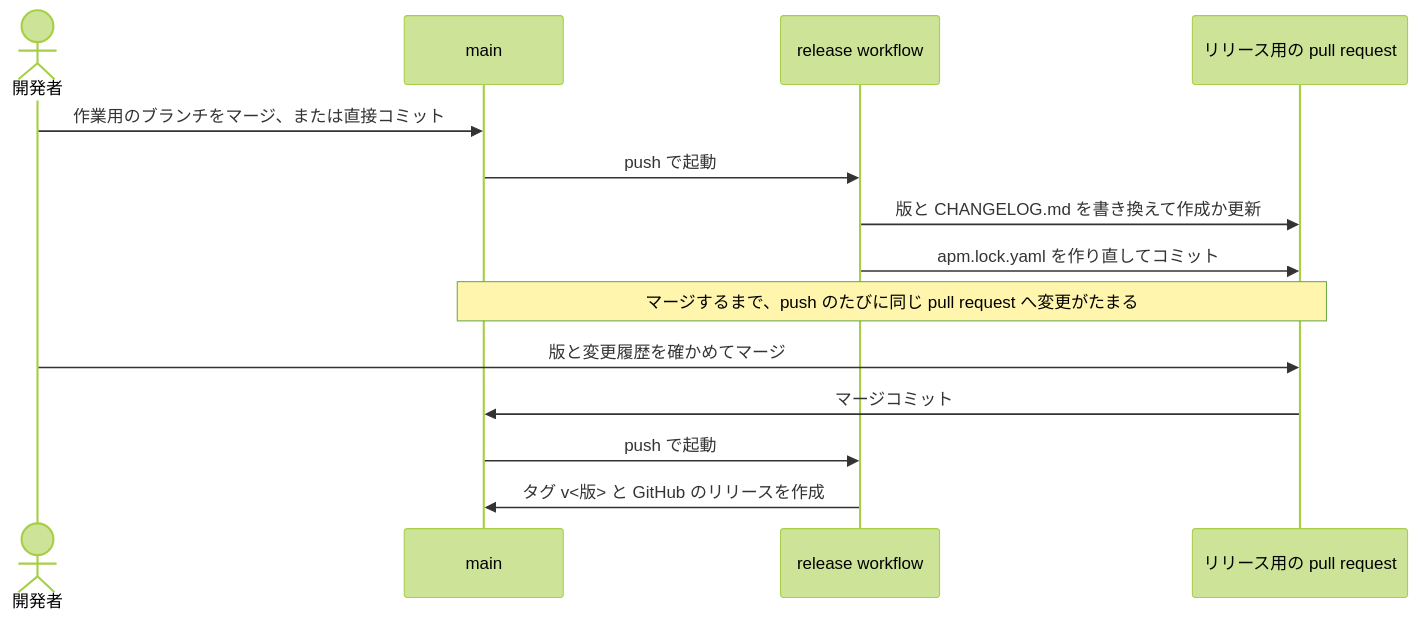
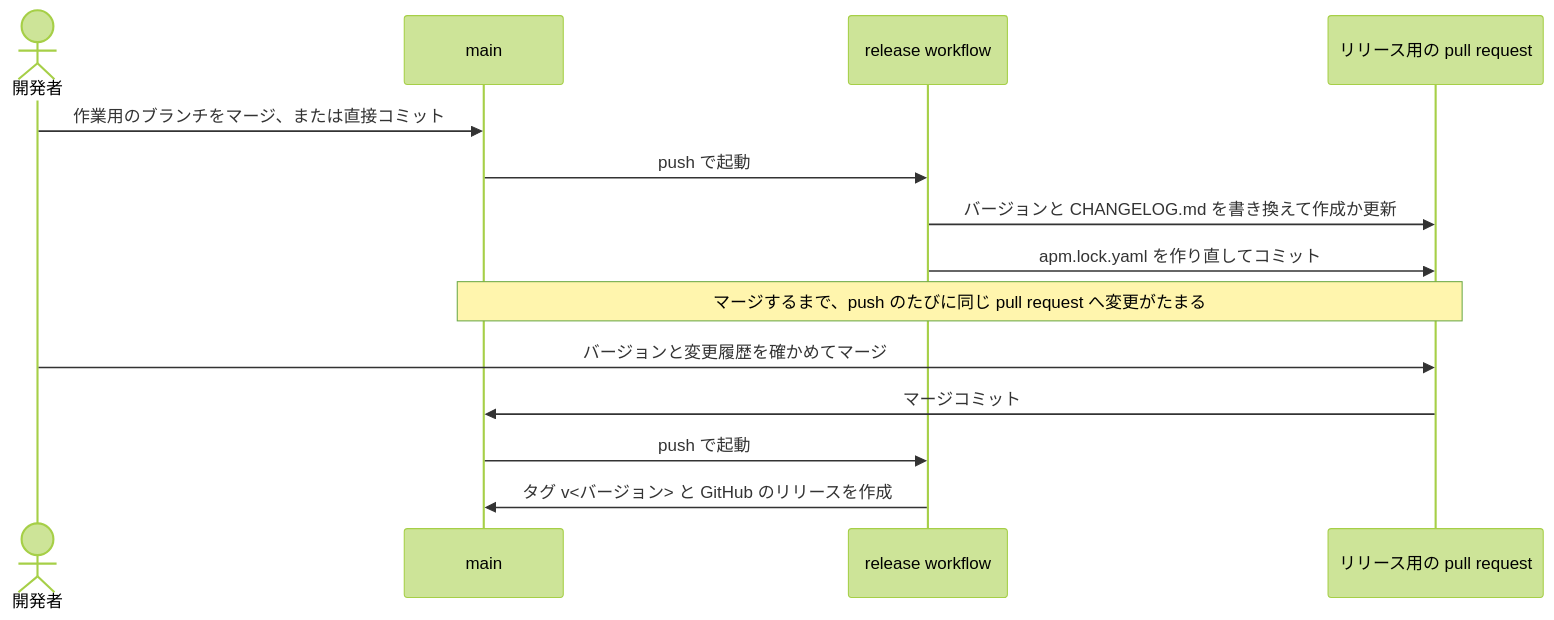
One commit to Fukuemon/agent-harness changed the second of 2 diagrams in CONTRIBUTING.md. Above: the diagram before and after it, drawn with Mermaid (forest theme). The commit also changed other lines of this file and 14 other files, not shown here.

````diff
--- a/CONTRIBUTING.md
+++ b/CONTRIBUTING.md
@@ -139,16 +139,16 @@
 ```mermaid
 sequenceDiagram
     actor Dev as 開発者
     participant Main as main
     participant WF as release workflow
     participant PR as リリース用の pull request
     Dev->>Main: 作業用のブランチをマージ、または直接コミット
     Main->>WF: push で起動
-    WF->>PR: 版と CHANGELOG.md を書き換えて作成か更新
+    WF->>PR: バージョンと CHANGELOG.md を書き換えて作成か更新
     WF->>PR: apm.lock.yaml を作り直してコミット
     Note over Main,PR: マージするまで、push のたびに同じ pull request へ変更がたまる
-    Dev->>PR: 版と変更履歴を確かめてマージ
+    Dev->>PR: バージョンと変更履歴を確かめてマージ
     PR->>Main: マージコミット
     Main->>WF: push で起動
-    WF->>Main: タグ v<版> と GitHub のリリースを作成
+    WF->>Main: タグ v<バージョン> と GitHub のリリースを作成
 ```
````
